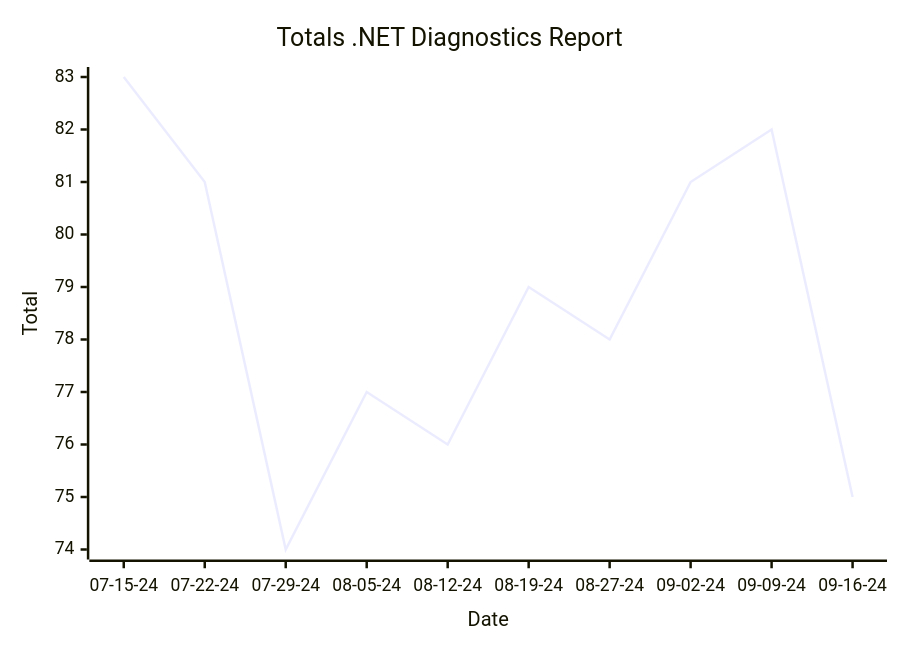
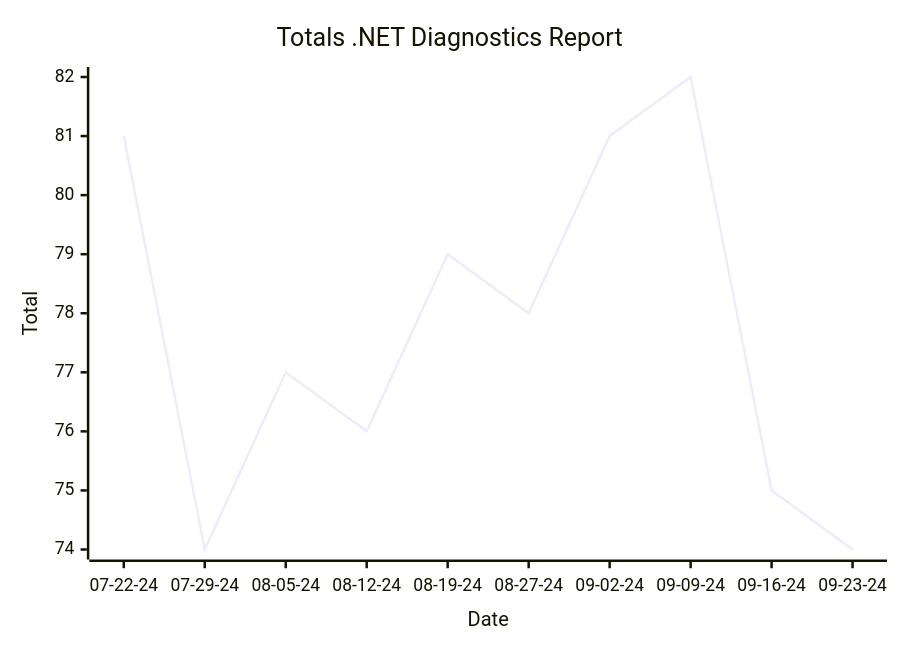
Before and after one commit to hoyosjs/gh-issue-tracker: the first of 2 diagrams in reports/README.md, drawn with Mermaid. The commit also changed other lines of this file and 4 other files, not shown here.

````diff
--- a/reports/README.md
+++ b/reports/README.md
@@ -7,7 +7,7 @@
 ```mermaid
 xychart-beta
   title "Totals .NET Diagnostics Report"
-  x-axis "Date" ["07-15-24", "07-22-24", "07-29-24", "08-05-24", "08-12-24", "08-19-24", "08-27-24", "09-02-24", "09-09-24", "09-16-24"]
+  x-axis "Date" ["07-22-24", "07-29-24", "08-05-24", "08-12-24", "08-19-24", "08-27-24", "09-02-24", "09-09-24", "09-16-24", "09-23-24"]
   y-axis "Total"
-  line [83, 81, 74, 77, 76, 79, 78, 81, 82, 75]
+  line [81, 74, 77, 76, 79, 78, 81, 82, 75, 74]
 ```
````
